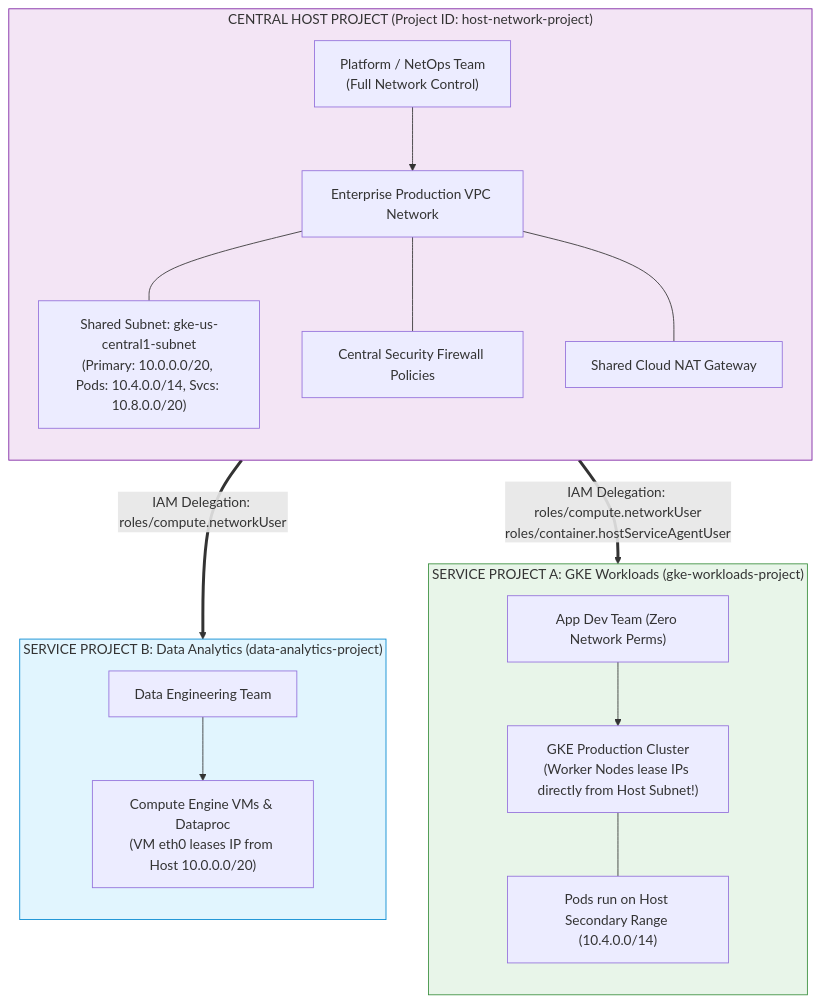
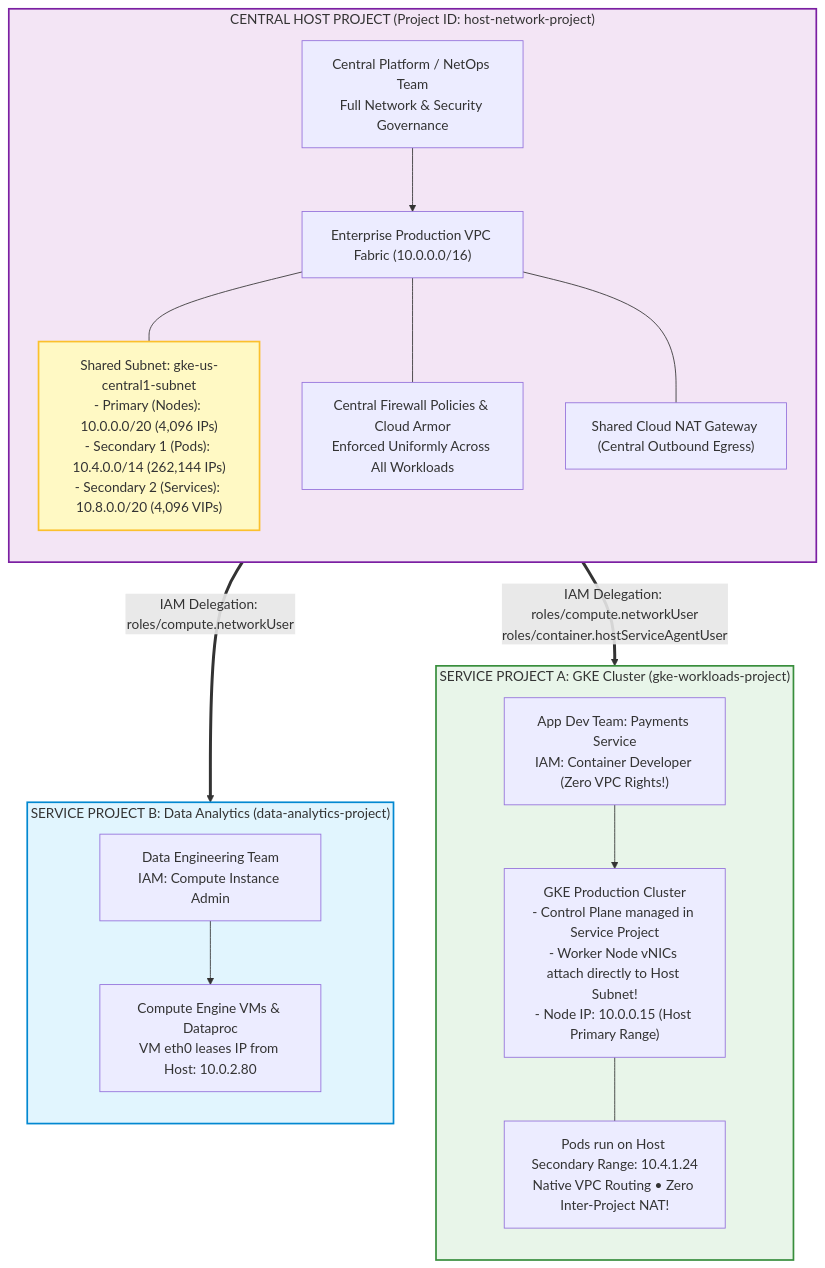
Diagram 12 of 15 in kubernetes/networking-shell-command.md (Chief-Strategist-J/gcd), drawn with Mermaid before and after one commit. The commit also changed other lines of this file, not shown here.

Commit message:
docs(networking): enrich all diagrams with step-by-step internal packet execution mechanics and detailed annotations

````diff
--- a/kubernetes/networking-shell-command.md
+++ b/kubernetes/networking-shell-command.md
@@ -1526,39 +1819,46 @@
 ```mermaid
 graph TB
     subgraph HostProject["CENTRAL HOST PROJECT (Project ID: host-network-project)"]
         direction TB
-        HostAdmin["Platform / NetOps Team<br/>(Full Network Control)"]
-        VPCNet["Enterprise Production VPC Network"]
-        SharedSubnet["Shared Subnet: gke-us-central1-subnet<br/>(Primary: 10.0.0.0/20, Pods: 10.4.0.0/14, Svcs: 10.8.0.0/20)"]
-        Firewalls["Central Security Firewall Policies"]
-        CloudNATGW["Shared Cloud NAT Gateway"]
+        HostAdmin["Central Platform / NetOps Team<br/>Full Network & Security Governance"]
+        VPCNet["Enterprise Production VPC Fabric (10.0.0.0/16)"]
+        
+        SharedSubnet["Shared Subnet: gke-us-central1-subnet<br/>- Primary (Nodes): 10.0.0.0/20 (4,096 IPs)<br/>- Secondary 1 (Pods): 10.4.0.0/14 (262,144 IPs)<br/>- Secondary 2 (Services): 10.8.0.0/20 (4,096 VIPs)"]
+        
+        SecurityPolicies["Central Firewall Policies & Cloud Armor<br/>Enforced Uniformly Across All Workloads"]
+        CloudNATGW["Shared Cloud NAT Gateway (Central Outbound Egress)"]
 
         HostAdmin --> VPCNet
         VPCNet --- SharedSubnet
-        VPCNet --- Firewalls
+        VPCNet --- SecurityPolicies
         VPCNet --- CloudNATGW
     end
 
     SharedSubnet == "IAM Delegation: roles/compute.networkUser<br/>roles/container.hostServiceAgentUser" ==> ServiceGKE
     SharedSubnet == "IAM Delegation: roles/compute.networkUser" ==> ServiceVMs
 
-    subgraph ServiceProject1["SERVICE PROJECT A: GKE Workloads (gke-workloads-project)"]
+    subgraph ServiceProject1["SERVICE PROJECT A: GKE Cluster (gke-workloads-project)"]
         direction TB
-        GKEAdmin["App Dev Team (Zero Network Perms)"]
-        ServiceGKE["GKE Production Cluster<br/>(Worker Nodes lease IPs directly from Host Subnet!)"]
-        GKEPodsWorkload["Pods run on Host Secondary Range (10.4.0.0/14)"]
+        GKEAdmin["App Dev Team: Payments Service<br/>IAM: Container Developer (Zero VPC Rights!)"]
+        
+        ServiceGKE["GKE Production Cluster<br/>- Control Plane managed in Service Project<br/>- Worker Node vNICs attach directly to Host Subnet!<br/>- Node IP: 10.0.0.15 (Host Primary Range)"]
+        
+        GKEPodsWorkload["Pods run on Host Secondary Range: 10.4.1.24<br/>Native VPC Routing • Zero Inter-Project NAT!"]
+        
         GKEAdmin --> ServiceGKE
         ServiceGKE --- GKEPodsWorkload
     end
 
     subgraph ServiceProject2["SERVICE PROJECT B: Data Analytics (data-analytics-project)"]
         direction TB
-        DataTeam["Data Engineering Team"]
-        ServiceVMs["Compute Engine VMs & Dataproc<br/>(VM eth0 leases IP from Host 10.0.0.0/20)"]
+        DataTeam["Data Engineering Team<br/>IAM: Compute Instance Admin"]
+        
+        ServiceVMs["Compute Engine VMs & Dataproc<br/>VM eth0 leases IP from Host: 10.0.2.80"]
         DataTeam --> ServiceVMs
     end
 
-    style HostProject fill:#f3e5f5,stroke:#7b1fa2
-    style ServiceProject1 fill:#e8f5e9,stroke:#388e3c
-    style ServiceProject2 fill:#e1f5fe,stroke:#0288d1
+    style HostProject fill:#f3e5f5,stroke:#7b1fa2,stroke-width:2px
+    style ServiceProject1 fill:#e8f5e9,stroke:#388e3c,stroke-width:2px
+    style ServiceProject2 fill:#e1f5fe,stroke:#0288d1,stroke-width:2px
+    style SharedSubnet fill:#fff9c4,stroke:#fbc02d,stroke-width:2px
 ```
````
